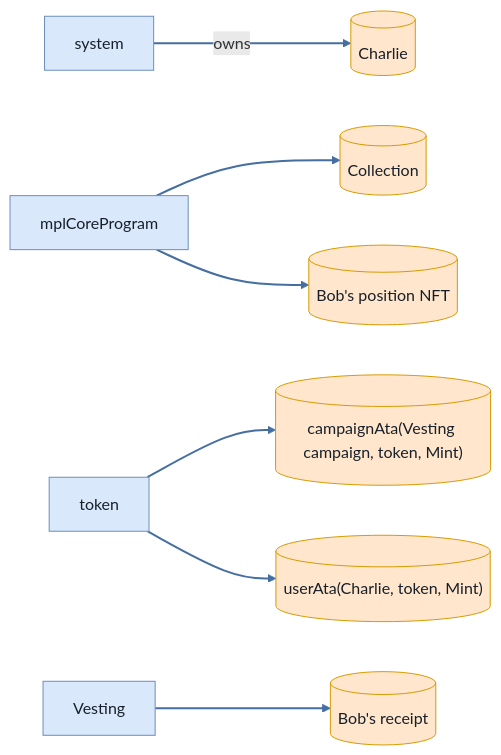
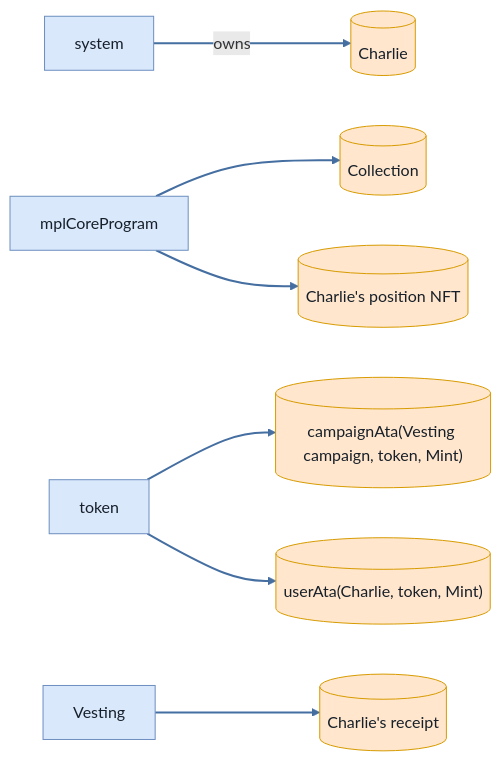
One commit to cds-turbin3/vesting-position changed diagram 33 of 36 in md-reports-babelfish/full_lifecycle.md. Above: the diagram before and after it, drawn with Mermaid. The commit also changed other lines of this file and 62 other files, not shown here.

````diff
--- a/md-reports-babelfish/full_lifecycle.md
+++ b/md-reports-babelfish/full_lifecycle.md
@@ -1281,23 +1281,23 @@
 ```mermaid
 flowchart LR
     system["system"]:::program
     Charlie[("Charlie")]:::state
     mplCoreProgram["mplCoreProgram"]:::program
     Collection[("Collection")]:::state
     token["token"]:::program
     campaignAtaVestingcampaigntokenMint[("campaignAta(Vesting campaign, token, Mint)")]:::state
     userAtaCharlietokenMint[("userAta(Charlie, token, Mint)")]:::state
-    BobspositionNFT[("Bob's position NFT")]:::state
+    CharliespositionNFT[("Charlie's position NFT")]:::state
     Vesting["Vesting"]:::program
-    Bobsreceipt[("Bob's receipt")]:::state
+    Charliesreceipt[("Charlie's receipt")]:::state
     system -->|owns| Charlie
     mplCoreProgram --> Collection
     token --> campaignAtaVestingcampaigntokenMint
     token --> userAtaCharlietokenMint
-    mplCoreProgram --> BobspositionNFT
-    Vesting --> Bobsreceipt
+    mplCoreProgram --> CharliespositionNFT
+    Vesting --> Charliesreceipt
     classDef program fill:#dae8fc,stroke:#6c8ebf,color:#17202a;
     classDef signer fill:#d5e8d4,stroke:#82b366,color:#17202a;
     classDef state fill:#ffe6cc,stroke:#d79b00,color:#17202a;
     linkStyle 0,1,2,3,4,5 stroke:#456ea1,stroke-width:2px
 ```
````
